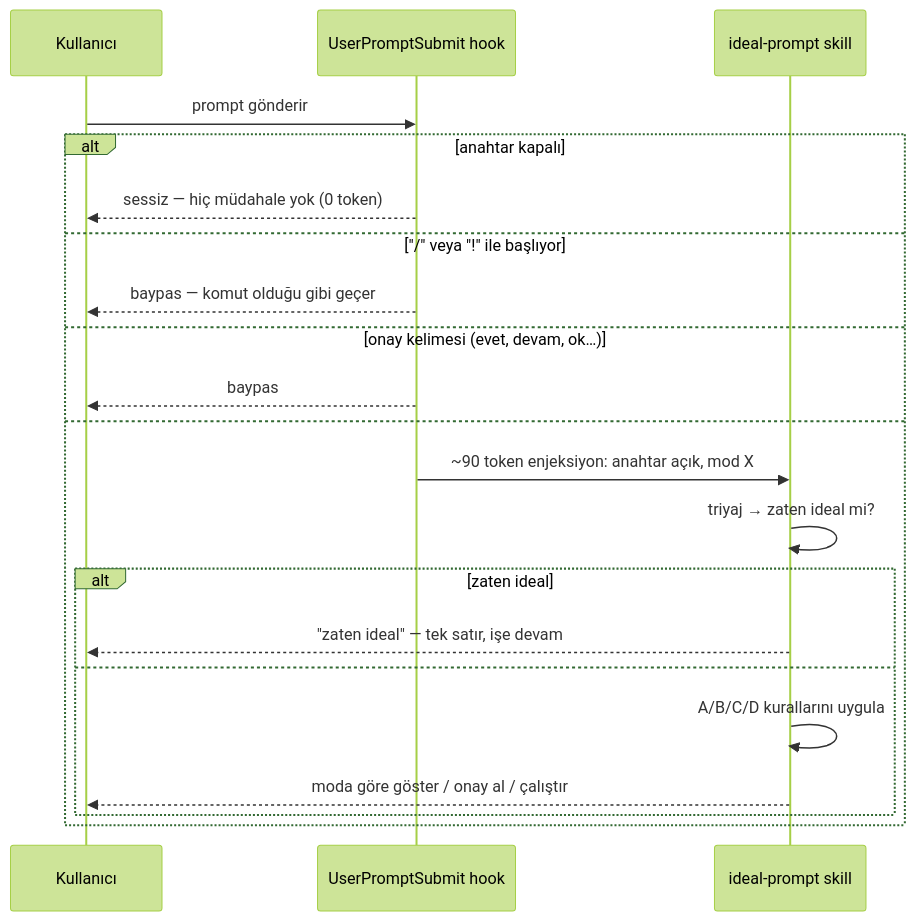
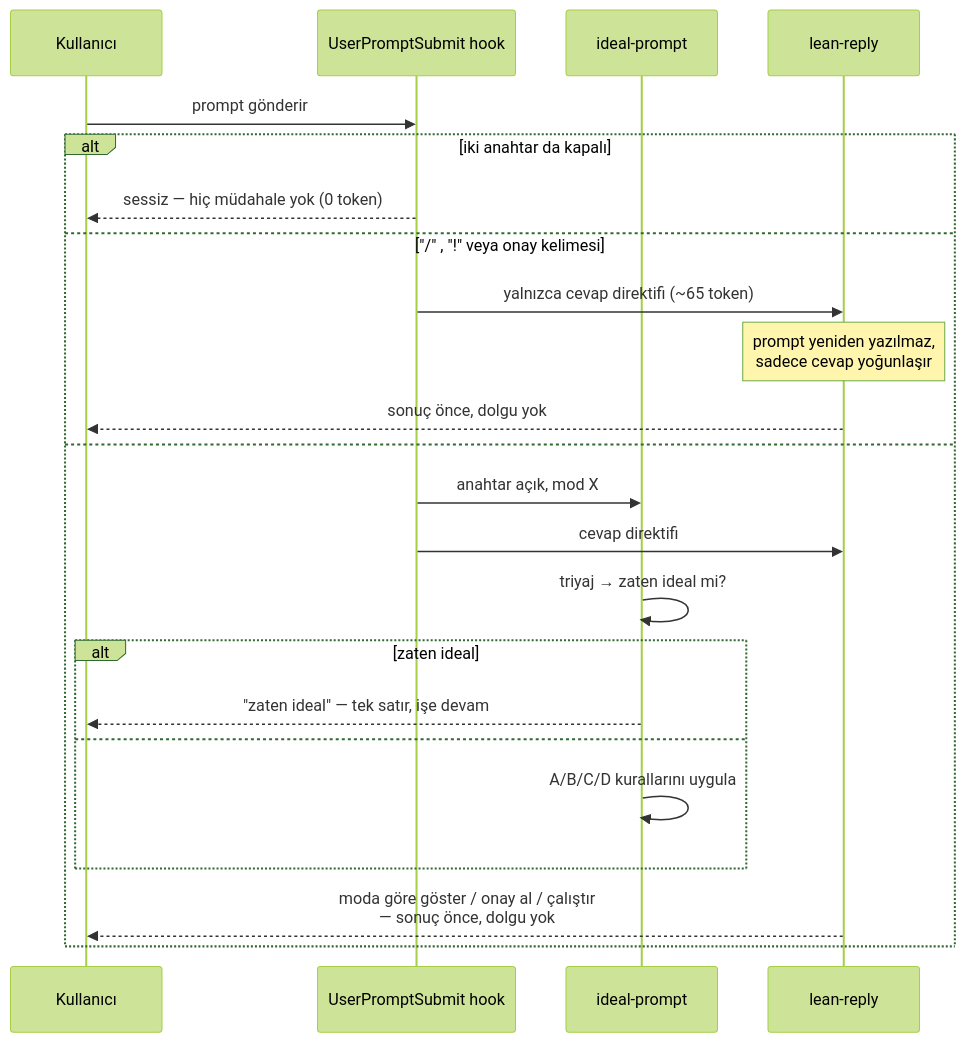
Before and after one commit to OFThub/OFTagents: the diagram in oncode/README.md, drawn with Mermaid (forest theme). The commit also changed other lines of this file and 19 other files, not shown here.

First line of the commit message:
Add lean-reply and lazy prompt optimization

````diff
--- a/oncode/README.md
+++ b/oncode/README.md
@@ -64,24 +72,26 @@
 ```mermaid
 sequenceDiagram
     participant K as Kullanıcı
     participant H as UserPromptSubmit hook
-    participant S as ideal-prompt skill
+    participant I as ideal-prompt
+    participant L as lean-reply
 
     K->>H: prompt gönderir
-    alt anahtar kapalı
+    alt iki anahtar da kapalı
         H-->>K: sessiz — hiç müdahale yok (0 token)
-    else "/" veya "!" ile başlıyor
-        H-->>K: baypas — komut olduğu gibi geçer
-    else onay kelimesi (evet, devam, ok…)
-        H-->>K: baypas
+    else "/" , "!" veya onay kelimesi
+        H->>L: yalnızca cevap direktifi (~65 token)
+        Note over L: prompt yeniden yazılmaz,<br/>sadece cevap yoğunlaşır
+        L-->>K: sonuç önce, dolgu yok
     else
-        H->>S: ~90 token enjeksiyon: anahtar açık, mod X
-        S->>S: triyaj → zaten ideal mi?
+        H->>I: anahtar açık, mod X
+        H->>L: cevap direktifi
+        I->>I: triyaj → zaten ideal mi?
         alt zaten ideal
-            S-->>K: "zaten ideal" — tek satır, işe devam
+            I-->>K: "zaten ideal" — tek satır, işe devam
         else
-            S->>S: A/B/C/D kurallarını uygula
-            S-->>K: moda göre göster / onay al / çalıştır
+            I->>I: A/B/C/D kurallarını uygula
         end
+        L-->>K: moda göre göster / onay al / çalıştır<br/>— sonuç önce, dolgu yok
     end
 ```
````
